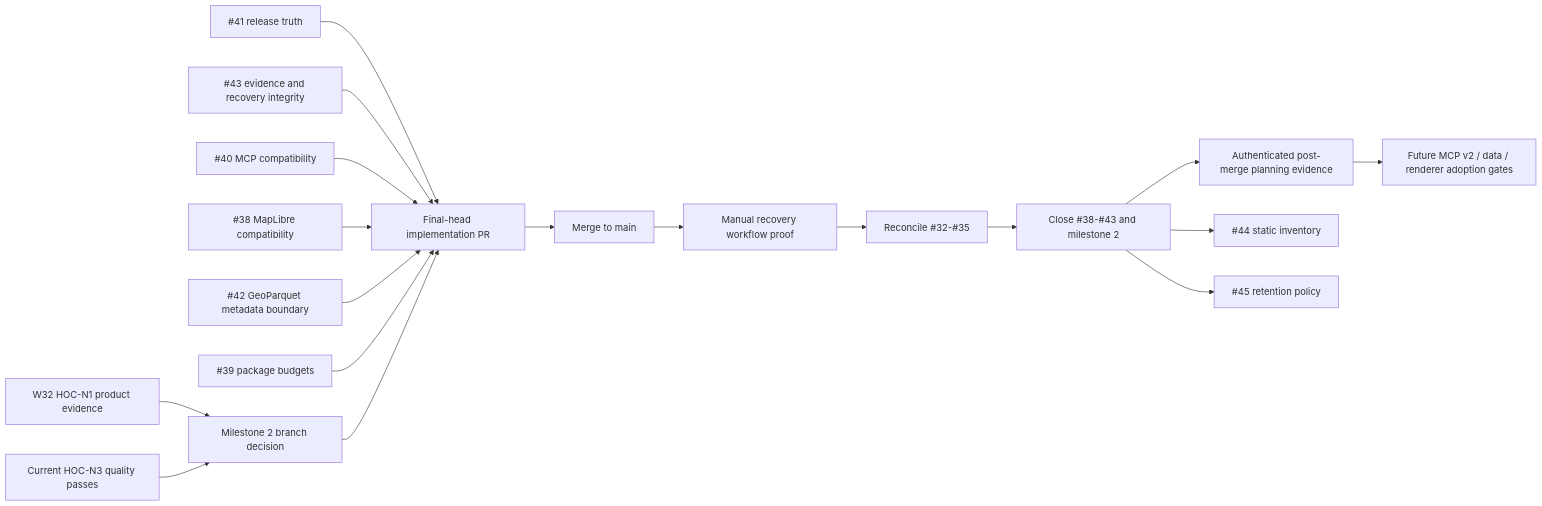
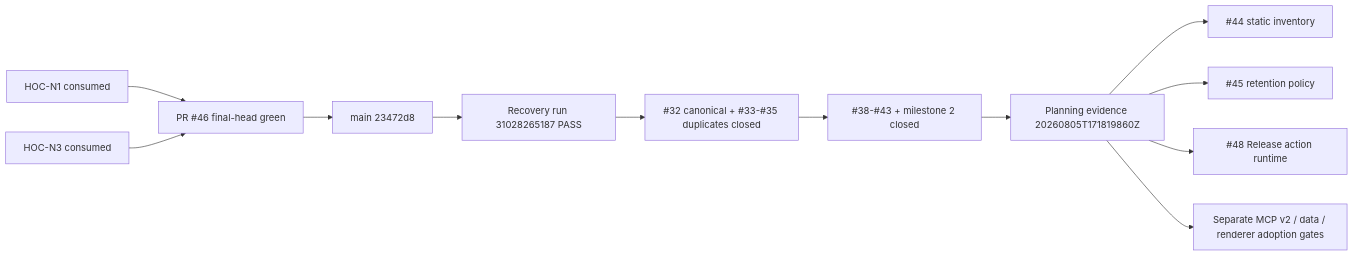
The diagram in docs/planning/dependency-graph.md (HYNCM/gis-engine), drawn with Mermaid before and after one commit. The commit also changed other lines of this file and 9 other files, not shown here.

Commit message:
docs: close W32-W34 planning state

````diff
--- a/docs/planning/dependency-graph.md
+++ b/docs/planning/dependency-graph.md
@@ -18,20 +18,14 @@
 ```mermaid
 flowchart LR
-  H1["W32 HOC-N1 product evidence"] --> PLAN["Milestone 2 branch decision"]
-  H3["Current HOC-N3 quality passes"] --> PLAN
-  R["#41 release truth"] --> PR["Final-head implementation PR"]
-  E["#43 evidence and recovery integrity"] --> PR
-  M["#40 MCP compatibility"] --> PR
-  L["#38 MapLibre compatibility"] --> PR
-  G["#42 GeoParquet metadata boundary"] --> PR
-  S["#39 package budgets"] --> PR
-  PLAN --> PR
-  PR --> MERGE["Merge to main"]
-  MERGE --> RECOVERY["Manual recovery workflow proof"]
-  RECOVERY --> INCIDENTS["Reconcile #32-#35"]
-  INCIDENTS --> CLOSE["Close #38-#43 and milestone 2"]
-  CLOSE --> SNAPSHOT["Authenticated post-merge planning evidence"]
-  CLOSE --> K["#44 static inventory"]
-  CLOSE --> T["#45 retention policy"]
-  SNAPSHOT --> FUTURE["Future MCP v2 / data / renderer adoption gates"]
+  H1["HOC-N1 consumed"] --> PR["PR #46 final-head green"]
+  H3["HOC-N3 consumed"] --> PR
+  PR --> MERGE["main 23472d8"]
+  MERGE --> RECOVERY["Recovery run 31028265187 PASS"]
+  RECOVERY --> INCIDENTS["#32 canonical + #33-#35 duplicates closed"]
+  INCIDENTS --> CLOSE["#38-#43 + milestone 2 closed"]
+  CLOSE --> SNAPSHOT["Planning evidence 20260805T171819860Z"]
+  SNAPSHOT --> K["#44 static inventory"]
+  SNAPSHOT --> T["#45 retention policy"]
+  SNAPSHOT --> A["#48 Release action runtime"]
+  SNAPSHOT --> FUTURE["Separate MCP v2 / data / renderer adoption gates"]
 ```
````
